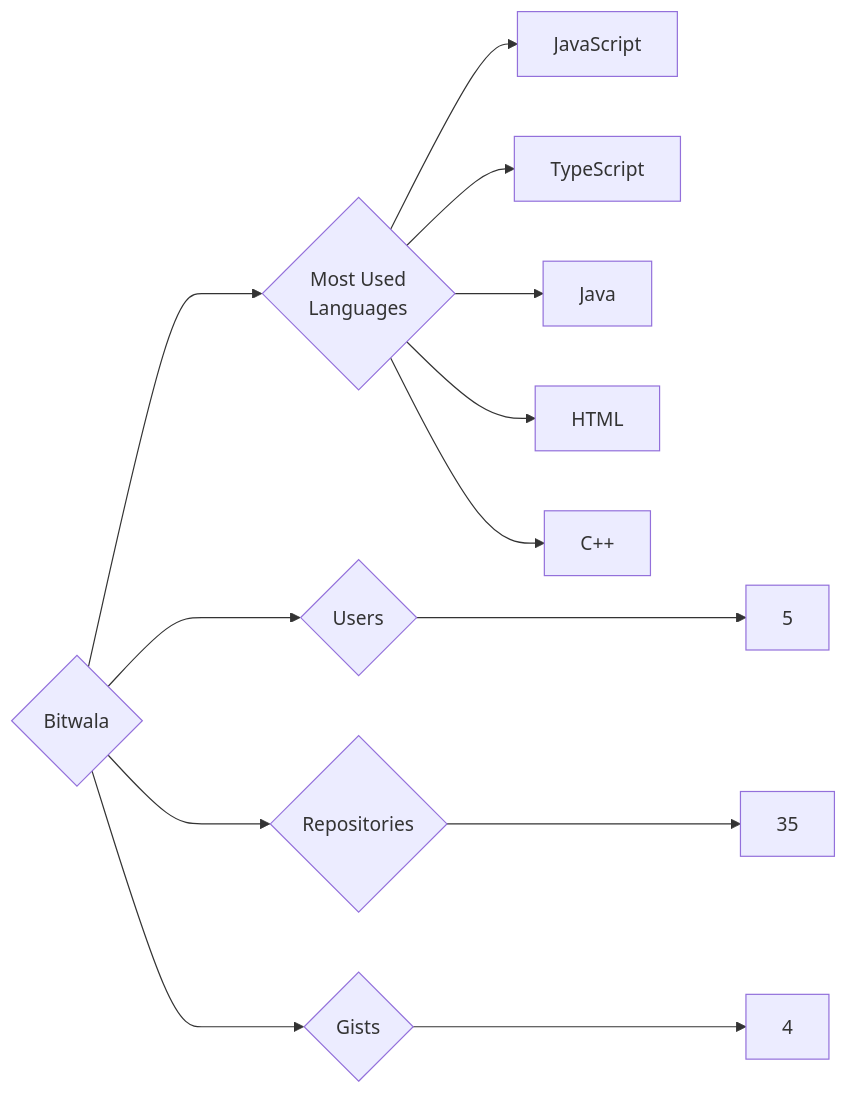
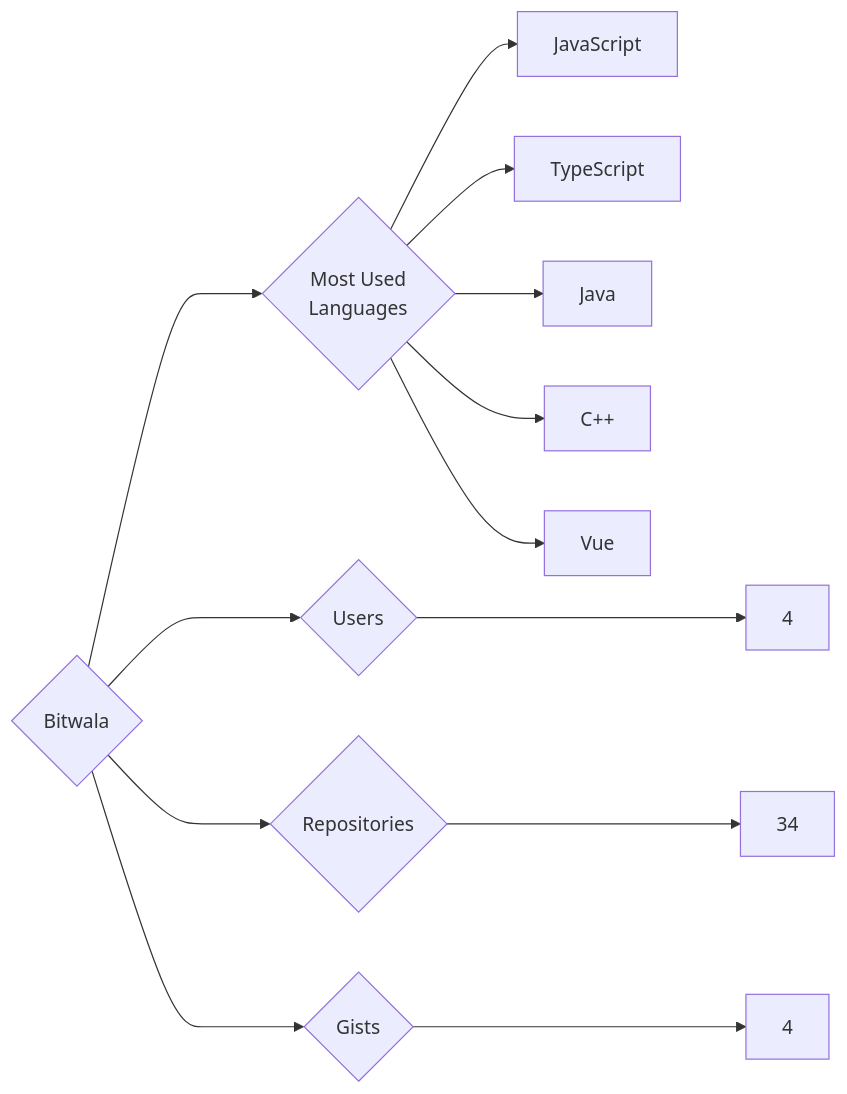
One commit to trickest/insiders changed the diagram in targets/Bitwala/README.md. Above: the diagram before and after it, drawn with Mermaid. The commit also changed 1055 other files, not shown here.

````diff
--- a/targets/Bitwala/README.md
+++ b/targets/Bitwala/README.md
@@ -3,13 +3,13 @@
 ```mermaid
 graph LR
 COMPANY_NAME{Bitwala}
-COMPANY_NAME ---> U{Users} ---> UN[5]
-COMPANY_NAME ---> R{Repositories} ---> RN[35]
+COMPANY_NAME ---> U{Users} ---> UN[4]
+COMPANY_NAME ---> R{Repositories} ---> RN[34]
 COMPANY_NAME ---> G{Gists} ---> GN[4]
 COMPANY_NAME ---> ML{Most Used<br>Languages}
 ML --> JavaScript[JavaScript]
 ML --> TypeScript[TypeScript]
 ML --> Java[Java]
-ML --> HTML[HTML]
 ML --> C++[C++]
+ML --> Vue[Vue]
 ```
````
